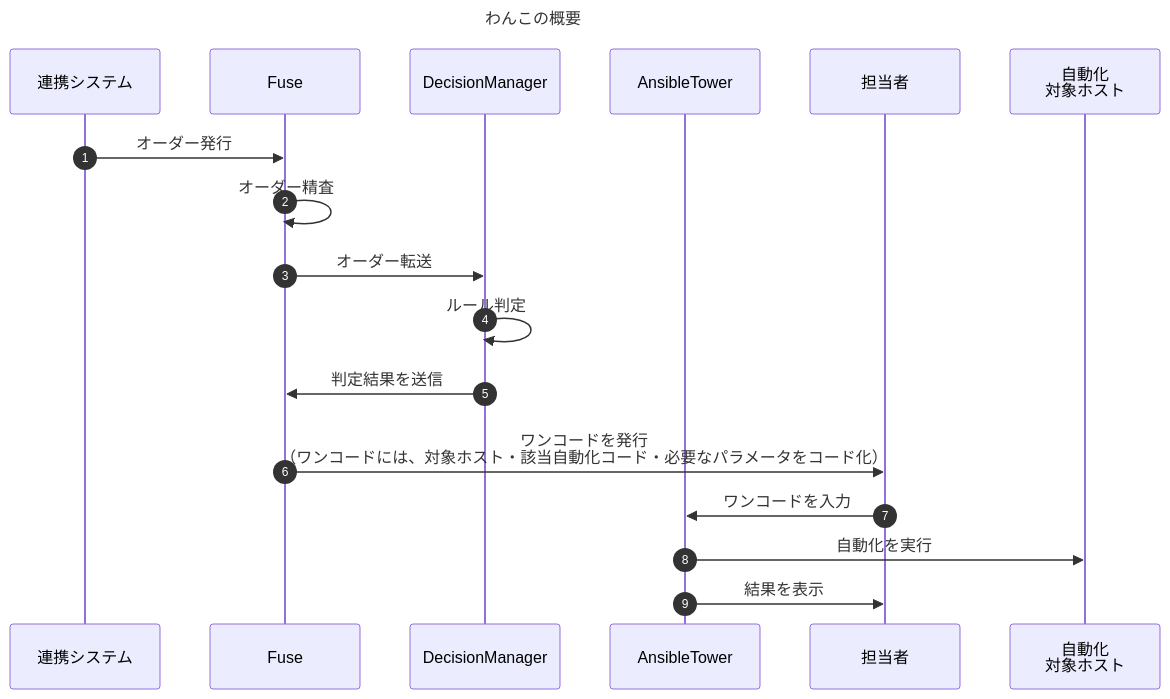
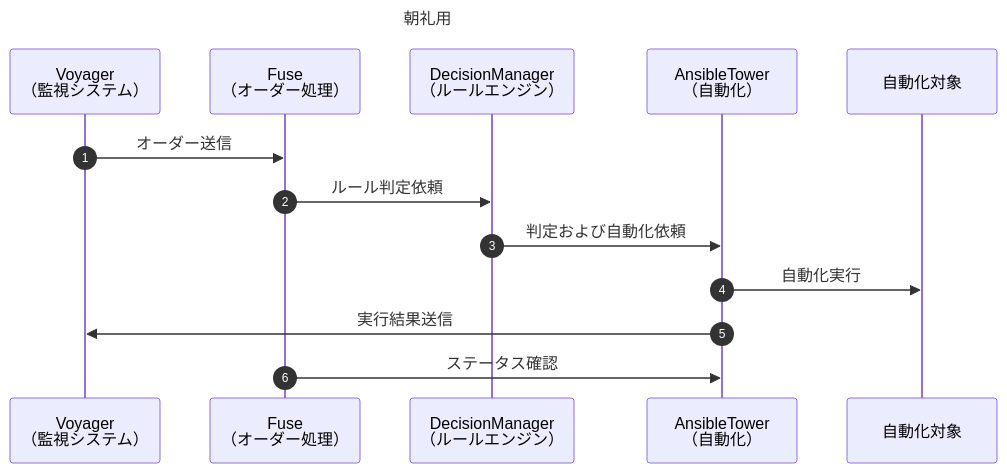
One commit to panda-git-hub/handbook changed the diagram in hoge.md. Above: the diagram before and after it, drawn with Mermaid.

````diff
--- a/hoge.md
+++ b/hoge.md
@@ -1,21 +1,17 @@
 ```mermaid
 sequenceDiagram
   autonumber
-  Title: わんこの概要
-  participant A as 連携システム
-  participant B as Fuse
-  participant C as DecisionManager
-  participant D as AnsibleTower
-  participant E as 担当者
-  participant F as 自動化<br>対象ホスト
+  Title: 朝礼用
+  participant A as Voyager<br>（監視システム）
+  participant B as Fuse<br>（オーダー処理）
+  participant C as DecisionManager<br>（ルールエンジン）
+  participant D as AnsibleTower<br>（自動化）
+  participant E as 自動化対象
 
-  A->>B: オーダー発行
-  B->>B: オーダー精査
-  B->>C: オーダー転送
-  C->>C: ルール判定
-  C->>B: 判定結果を送信
-  B->>E: <br>ワンコードを発行<br>（ワンコードには、対象ホスト・該当自動化コード・必要なパラメータをコード化）
-  E->>D: ワンコードを入力
-  D->>F: 自動化を実行
-  D->>E: 結果を表示
+  A->>B: オーダー送信
+  B->>C: ルール判定依頼
+  C->>D: 判定および自動化依頼
+  D->>E: 自動化実行  
+  D->>A: 実行結果送信
+  B->>D: ステータス確認 
 ```
````
